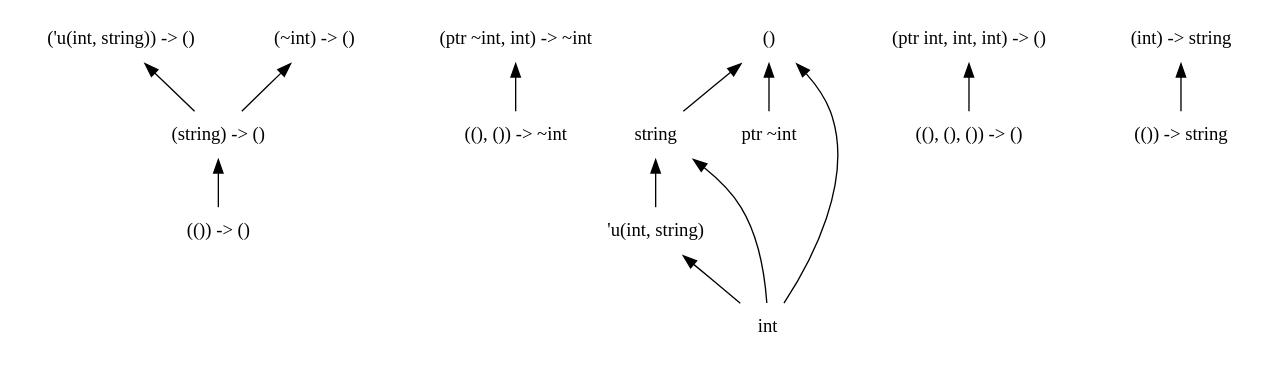
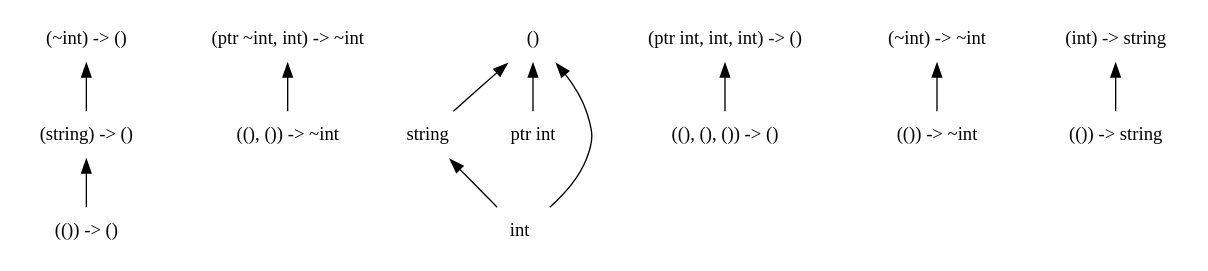
Before and after one commit to chocobo333/regino: the diagram in dots/22.dot, drawn with Graphviz. The commit also changed 28 other files, not shown here.

```diff
--- a/dots/22.dot
+++ b/dots/22.dot
@@ -1,38 +1,36 @@
 digraph order {
   graph [
     size = "30,10"
     ];
   node [
     shape = none
     ];
   edge [
     dir = back
     ];
   "(string) -> ()"
   "(()) -> ()"
   "(ptr ~int, int) -> ~int"
   "string"
-  "'u(int, string)"
   "(ptr int, int, int) -> ()"
   "((), ()) -> ~int"
+  "(~int) -> ~int"
   "()"
-  "ptr ~int"
+  "ptr int"
   "((), (), ()) -> ()"
   "(()) -> string"
-  "('u(int, string)) -> ()"
   "(~int) -> ()"
   "(int) -> string"
+  "(()) -> ~int"
   "int"
   "(string) -> ()" -> "(()) -> ()"
   "(ptr ~int, int) -> ~int" -> "((), ()) -> ~int"
-  "string" -> "'u(int, string)"
   "string" -> "int"
-  "('u(int, string)) -> ()" -> "(string) -> ()"
+  "(ptr int, int, int) -> ()" -> "((), (), ()) -> ()"
+  "(~int) -> ~int" -> "(()) -> ~int"
+  "()" -> "string"
+  "()" -> "int"
+  "()" -> "ptr int"
   "(~int) -> ()" -> "(string) -> ()"
   "(int) -> string" -> "(()) -> string"
-  "'u(int, string)" -> "int"
-  "(ptr int, int, int) -> ()" -> "((), (), ()) -> ()"
-  "()" -> "string"
-  "()" -> "int"
-  "()" -> "ptr ~int"
 }
```
